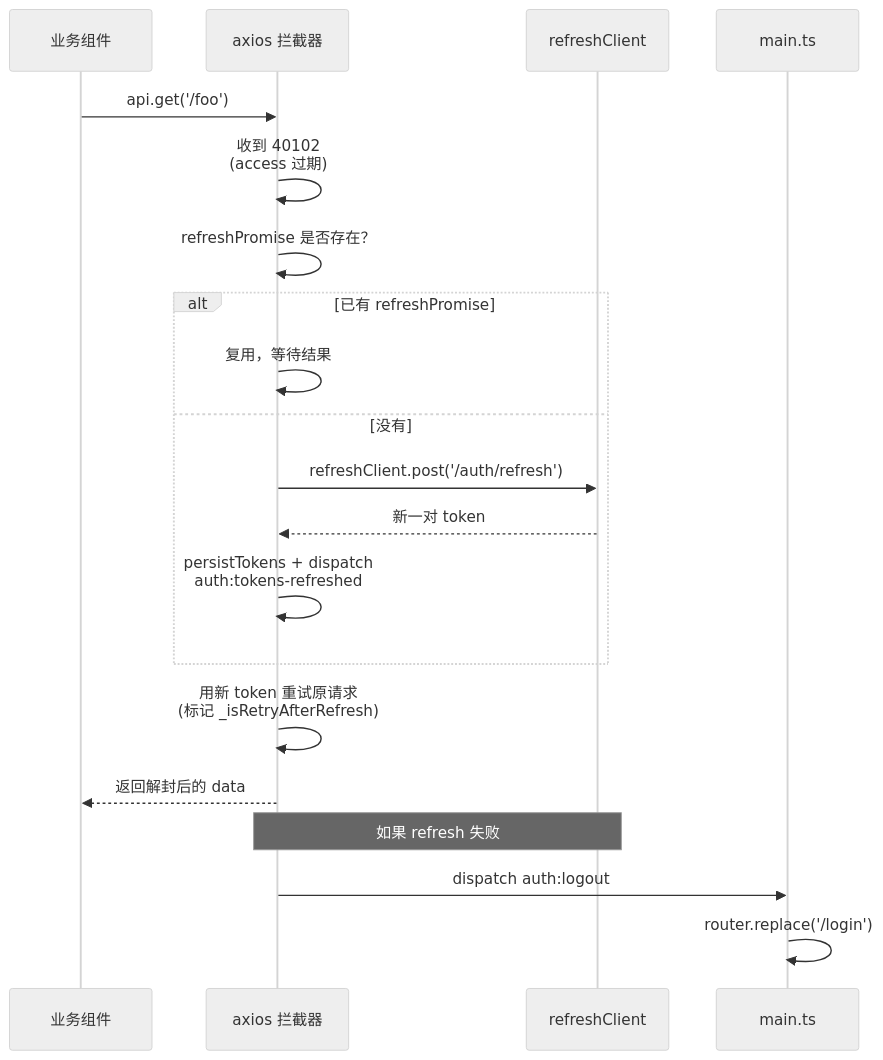
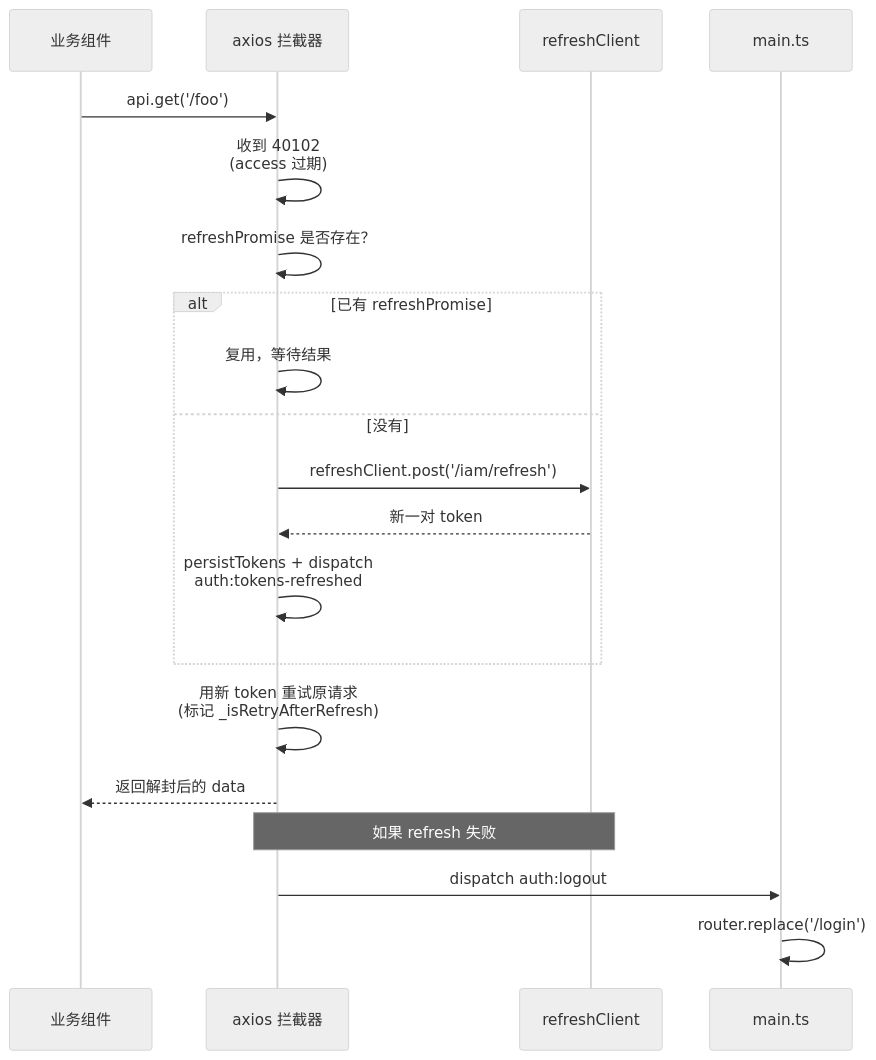
Before and after one commit to kurisu-004/frontend: the diagram in docs/02-architecture/api-contract.md, drawn with Mermaid (neutral theme). The commit also changed other lines of this file and 16 other files, not shown here.

First line of the commit message:
refactor(iam): 前端 API 路径切换 /auth + /users → /iam（2026-09-19）

````diff
--- a/docs/02-architecture/api-contract.md
+++ b/docs/02-architecture/api-contract.md
@@ -74,24 +74,24 @@
 ```mermaid
 sequenceDiagram
   participant C as 业务组件
   participant I as axios 拦截器
   participant R as refreshClient
   participant L as main.ts
 
   C->>I: api.get('/foo')
   I->>I: 收到 40102<br/>(access 过期)
   I->>I: refreshPromise 是否存在？
   alt 已有 refreshPromise
     I->>I: 复用，等待结果
   else 没有
-    I->>R: refreshClient.post('/auth/refresh')
+    I->>R: refreshClient.post('/iam/refresh')
     R-->>I: 新一对 token
     I->>I: persistTokens + dispatch<br/>auth:tokens-refreshed
   end
   I->>I: 用新 token 重试原请求<br/>(标记 _isRetryAfterRefresh)
   I-->>C: 返回解封后的 data
 
   Note over I,R: 如果 refresh 失败
   I->>L: dispatch auth:logout
   L->>L: router.replace('/login')
 ```
````
